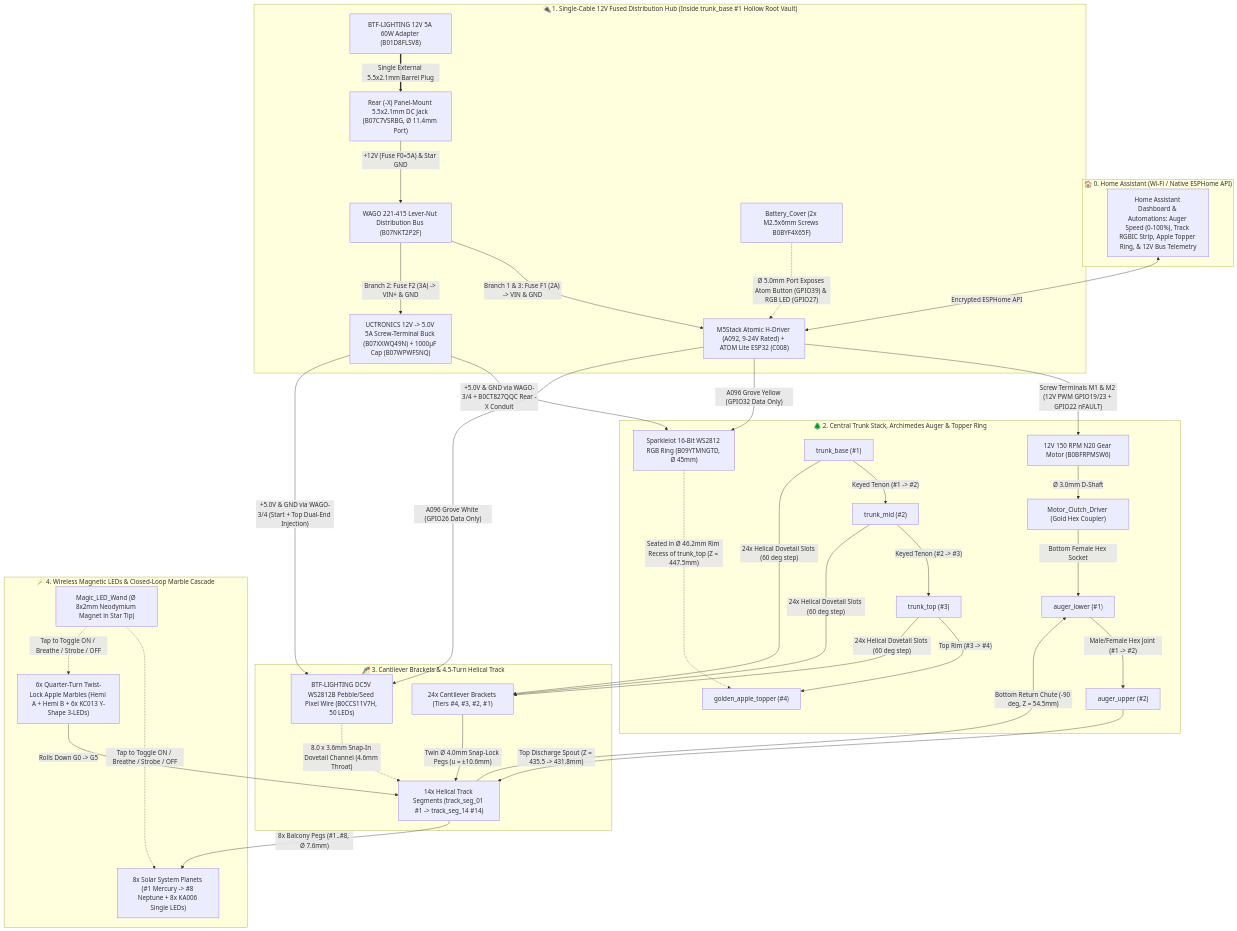
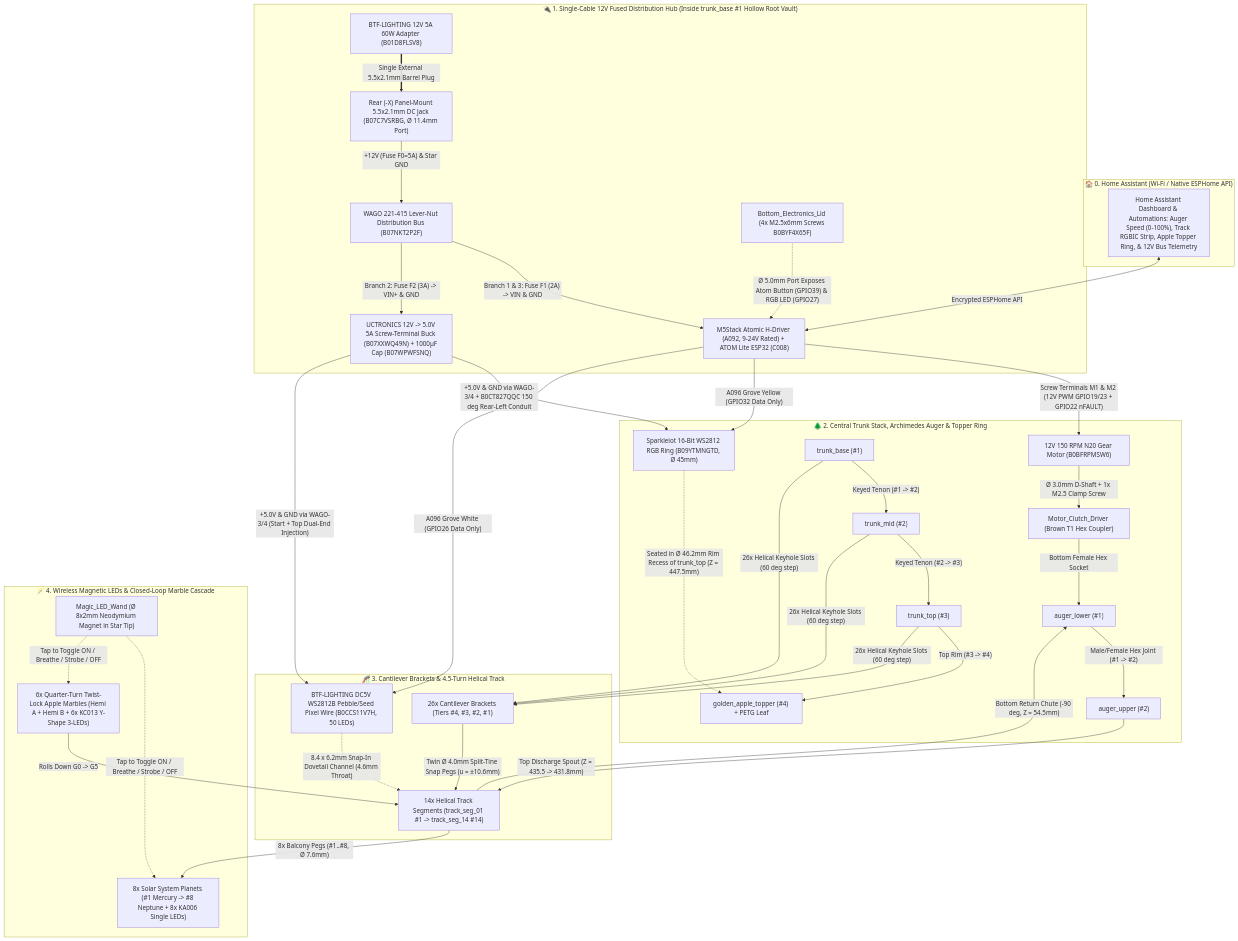
Before and after one commit to ignacio82/grav-mass: the diagram in docs/BOM.md, drawn with Mermaid. The commit also changed other lines of this file and 189 other files, not shown here.

````diff
--- a/docs/BOM.md
+++ b/docs/BOM.md
@@ -59,44 +59,44 @@
 ```mermaid
 flowchart TB
     subgraph HA["🏠 0. Home Assistant (Wi-Fi / Native ESPHome API)"]
         HA_CTRL["Home Assistant Dashboard & Automations: Auger Speed (0-100%), Track RGBIC Strip, Apple Topper Ring, & 12V Bus Telemetry"]
     end
 
     subgraph PWR["🔌 1. Single-Cable 12V Fused Distribution Hub (Inside trunk_base #1 Hollow Root Vault)"]
         PSU["BTF-LIGHTING 12V 5A 60W Adapter (B01D8FLSV8)"] ==>|"Single External 5.5x2.1mm Barrel Plug"| JACK["Rear (-X) Panel-Mount 5.5x2.1mm DC Jack (B07C7VSRBG, Ø 11.4mm Port)"]
         JACK -->|"+12V (Fuse F0=5A) & Star GND"| WAGO["WAGO 221-415 Lever-Nut Distribution Bus (B07NKT2P2F)"]
         WAGO -->|"Branch 1 & 3: Fuse F1 (2A) -> VIN & GND"| C008["M5Stack Atomic H-Driver (A092, 9-24V Rated) + ATOM Lite ESP32 (C008)"]
         WAGO -->|"Branch 2: Fuse F2 (3A) -> VIN+ & GND"| BUCK5["UCTRONICS 12V -> 5.0V 5A Screw-Terminal Buck (B07XXWQ49N) + 1000µF Cap (B07WPWFSNQ)"]
         HA_CTRL <-->|"Encrypted ESPHome API"| C008
-        BC["Battery_Cover (2x M2.5x6mm Screws B0BYF4X65F)"] -.->|"Ø 5.0mm Port Exposes Atom Button (GPIO39) & RGB LED (GPIO27)"| C008
+        BC["Bottom_Electronics_Lid (4x M2.5x6mm Screws B0BYF4X65F)"] -.->|"Ø 5.0mm Port Exposes Atom Button (GPIO39) & RGB LED (GPIO27)"| C008
     end
 
     subgraph LIFT["🌲 2. Central Trunk Stack, Archimedes Auger & Topper Ring"]
         C008 -->|"Screw Terminals M1 & M2 (12V PWM GPIO19/23 + GPIO22 nFAULT)"| N20["12V 150 RPM N20 Gear Motor (B0BFRPMSW6)"]
-        N20 -->|"Ø 3.0mm D-Shaft"| MCD["Motor_Clutch_Driver (Gold Hex Coupler)"]
+        N20 -->|"Ø 3.0mm D-Shaft + 1x M2.5 Clamp Screw"| MCD["Motor_Clutch_Driver (Brown T1 Hex Coupler)"]
         MCD -->|"Bottom Female Hex Socket"| AL["auger_lower (#1)"]
         AL -->|"Male/Female Hex Joint (#1 -> #2)"| AU["auger_upper (#2)"]
         TB["trunk_base (#1)"] -->|"Keyed Tenon (#1 -> #2)"| TM["trunk_mid (#2)"]
         TM -->|"Keyed Tenon (#2 -> #3)"| TT["trunk_top (#3)"]
-        TT -->|"Top Rim (#3 -> #4)"| TOP["golden_apple_topper (#4)"]
-        BUCK5 -->|"+5.0V & GND via WAGO-3/4 + B0CT827QQC Rear -X Conduit"| RING["Sparkleiot 16-Bit WS2812 RGB Ring (B09YTMNGTD, Ø 45mm)"]
+        TT -->|"Top Rim (#3 -> #4)"| TOP["golden_apple_topper (#4) + PETG Leaf"]
+        BUCK5 -->|"+5.0V & GND via WAGO-3/4 + B0CT827QQC 150 deg Rear-Left Conduit"| RING["Sparkleiot 16-Bit WS2812 RGB Ring (B09YTMNGTD, Ø 45mm)"]
         C008 -->|"A096 Grove Yellow (GPIO32 Data Only)"| RING
         RING -.->|"Seated in Ø 46.2mm Rim Recess of trunk_top (Z = 447.5mm)"| TOP
     end
 
     subgraph TRACK["🎢 3. Cantilever Brackets & 4.5-Turn Helical Track"]
-        TB & TM & TT -->|"24x Helical Dovetail Slots (60 deg step)"| BRK["24x Cantilever Brackets (Tiers #4, #3, #2, #1)"]
-        BRK -->|"Twin Ø 4.0mm Snap-Lock Pegs (u = ±10.6mm)"| SEG["14x Helical Track Segments (track_seg_01 #1 -> track_seg_14 #14)"]
+        TB & TM & TT -->|"26x Helical Keyhole Slots (60 deg step)"| BRK["26x Cantilever Brackets (Tiers #4, #3, #2, #1)"]
+        BRK -->|"Twin Ø 4.0mm Split-Tine Snap Pegs (u = ±10.6mm)"| SEG["14x Helical Track Segments (track_seg_01 #1 -> track_seg_14 #14)"]
         BUCK5 -->|"+5.0V & GND via WAGO-3/4 (Start + Top Dual-End Injection)"| COB["BTF-LIGHTING DC5V WS2812B Pebble/Seed Pixel Wire (B0CCS11V7H, 50 LEDs)"]
         C008 -->|"A096 Grove White (GPIO26 Data Only)"| COB
-        COB -.->|"8.0 x 3.6mm Snap-In Dovetail Channel (4.6mm Throat)"| SEG
+        COB -.->|"8.4 x 6.2mm Snap-In Dovetail Channel (4.6mm Throat)"| SEG
     end
 
     subgraph WIRELESS["🪄 4. Wireless Magnetic LEDs & Closed-Loop Marble Cascade"]
         AU -->|"Top Discharge Spout (Z = 435.5 -> 431.8mm)"| SEG
         SEG -->|"Bottom Return Chute (-90 deg, Z = 54.5mm)"| AL
         SEG -->|"8x Balcony Pegs (#1..#8, Ø 7.6mm)"| PLN["8x Solar System Planets (#1 Mercury -> #8 Neptune + 8x KA006 Single LEDs)"]
         MRB["6x Quarter-Turn Twist-Lock Apple Marbles (Hemi A + Hemi B + 6x KC013 Y-Shape 3-LEDs)"] -->|"Rolls Down G0 -> G5"| SEG
         WAND["Magic_LED_Wand (Ø 8x2mm Neodymium Magnet in Star Tip)"] -.->|"Tap to Toggle ON / Breathe / Strobe / OFF"| PLN & MRB
     end
 ```
````
